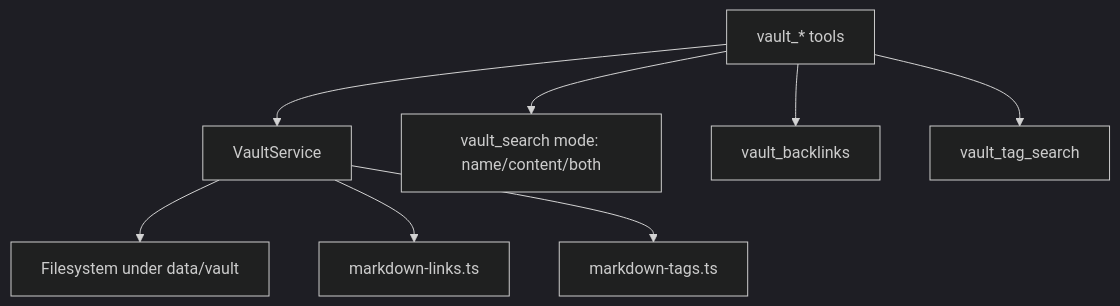
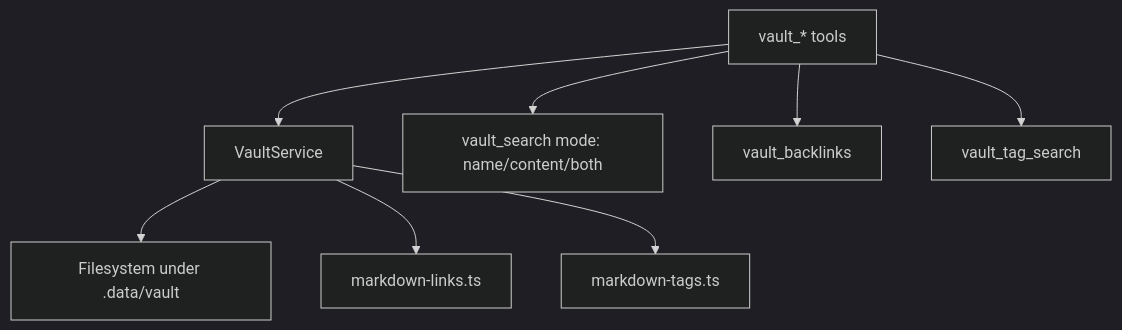
One commit to alexradunet/pocketbrain changed the fifth of 6 diagrams in docs/architecture/coding-architecture.md. Above: the diagram before and after it, drawn with Mermaid (dark theme). The commit also changed 25 other files, not shown here.

````diff
--- a/docs/architecture/coding-architecture.md
+++ b/docs/architecture/coding-architecture.md
@@ -111,12 +111,12 @@
 ```mermaid
 flowchart TD
   Tool[vault_* tools]
   Tool --> VS[VaultService]
-  VS --> FS[Filesystem under data/vault]
+  VS --> FS[Filesystem under .data/vault]
   VS --> Links[markdown-links.ts]
   VS --> Tags[markdown-tags.ts]
 
   Tool --> Search[vault_search mode: name/content/both]
   Tool --> Backlinks[vault_backlinks]
   Tool --> TagSearch[vault_tag_search]
 ```
````
